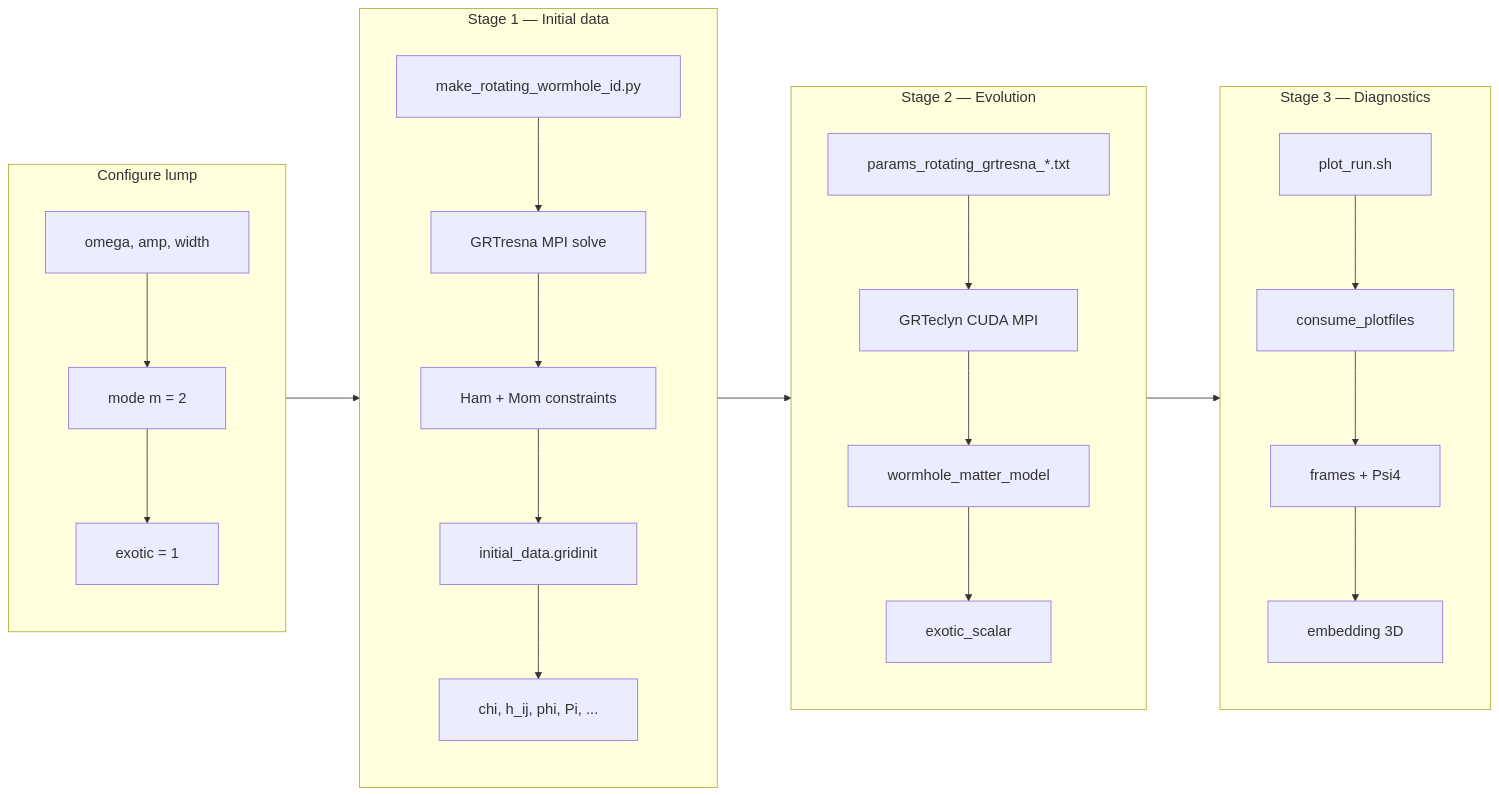
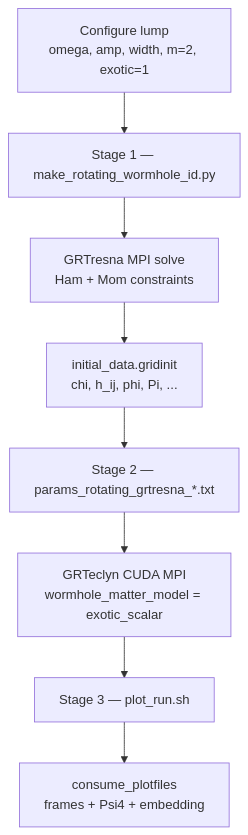
One commit to Nikchik-coder/GRTeclyn changed the first of 3 diagrams in Examples/RotatingWormholeCollapse/README.md. Above: the diagram before and after it, drawn with Mermaid.

````diff
--- a/Examples/RotatingWormholeCollapse/README.md
+++ b/Examples/RotatingWormholeCollapse/README.md
@@ -20,54 +20,16 @@
 ```mermaid
-%%{init: {
-  "themeVariables": {
-    "fontSize": "18px",
-    "fontFamily": "arial"
-  },
-  "flowchart": {
-    "nodeSpacing": 70,
-    "rankSpacing": 90,
-    "padding": 24,
-    "htmlLabels": true
-  }
-}}%%
-flowchart LR
-    subgraph cfg["Configure lump"]
-        direction TB
-        P1["omega, amp, width"]
-        P2["mode m = 2"]
-        P3["exotic = 1"]
-        P1 --> P2 --> P3
-    end
+flowchart TB
+    P["Configure lump<br/>omega, amp, width, m=2, exotic=1"]
 
-    subgraph s1["Stage 1 — Initial data"]
-        direction TB
-        ID["make_rotating_wormhole_id.py"]
-        GR["GRTresna MPI solve"]
-        HM["Ham + Mom constraints"]
-        GI["initial_data.gridinit"]
-        GF["chi, h_ij, phi, Pi, ..."]
-        ID --> GR --> HM --> GI --> GF
-    end
+    ID["Stage 1 — make_rotating_wormhole_id.py"]
+    GR["GRTresna MPI solve<br/>Ham + Mom constraints"]
+    GI["initial_data.gridinit<br/>chi, h_ij, phi, Pi, ..."]
 
-    subgraph s2["Stage 2 — Evolution"]
-        direction TB
-        PR["params_rotating_grtresna_*.txt"]
-        GT["GRTeclyn CUDA MPI"]
-        EM["wormhole_matter_model"]
-        ES["exotic_scalar"]
-        PR --> GT --> EM --> ES
-    end
+    PR["Stage 2 — params_rotating_grtresna_*.txt"]
+    GT["GRTeclyn CUDA MPI<br/>wormhole_matter_model = exotic_scalar"]
 
-    subgraph s3["Stage 3 — Diagnostics"]
-        direction TB
-        PL["plot_run.sh"]
-        CF["consume_plotfiles"]
-        FR["frames + Psi4"]
-        EM2["embedding 3D"]
-        PL --> CF --> FR --> EM2
-    end
+    PL["Stage 3 — plot_run.sh"]
+    CF["consume_plotfiles<br/>frames + Psi4 + embedding"]
 
-    P1 --> ID
-    GF --> GT
-    ES --> PL
+    P --> ID --> GR --> GI --> PR --> GT --> PL --> CF
 ```
````
